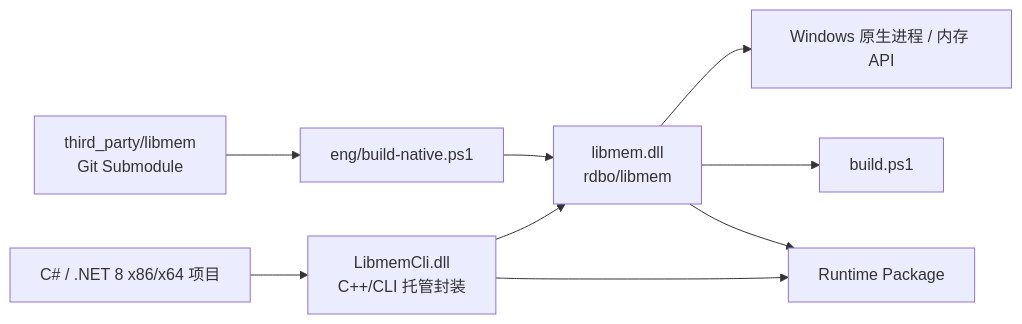
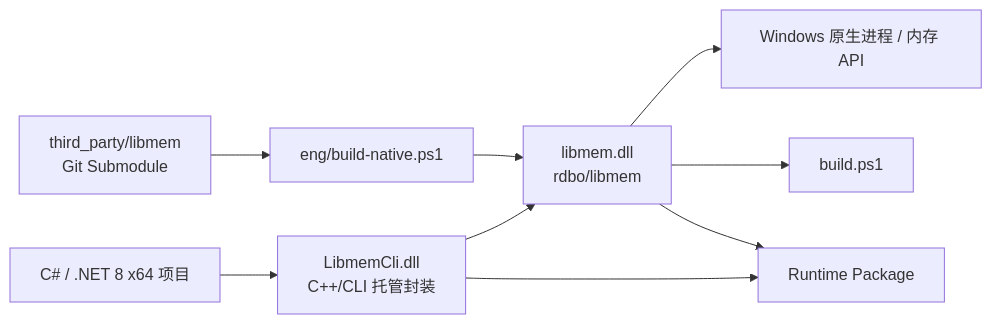
The diagram in README.md (CardResearchLab/Libmem.NET), drawn with Mermaid before and after one commit. The commit also changed other lines of this file, not shown here.

````diff
--- a/README.md
+++ b/README.md
@@ -23,12 +25,12 @@
 ```mermaid
 flowchart LR
-    App["C# / .NET 8 x86/x64 项目"] --> Cli["LibmemCli.dll<br/>C++/CLI 托管封装"]
+    App["C# / .NET 8 x64 项目"] --> Cli["LibmemCli.dll<br/>C++/CLI 托管封装"]
     Cli --> Native["libmem.dll<br/>rdbo/libmem"]
     Native --> Win["Windows 原生进程 / 内存 API"]
 
     Submodule["third_party/libmem<br/>Git Submodule"] --> NativeBuild["eng/build-native.ps1"]
     NativeBuild --> Native
     Native --> Build["build.ps1"]
     Cli --> Package["Runtime Package"]
     Native --> Package
 ```
````
